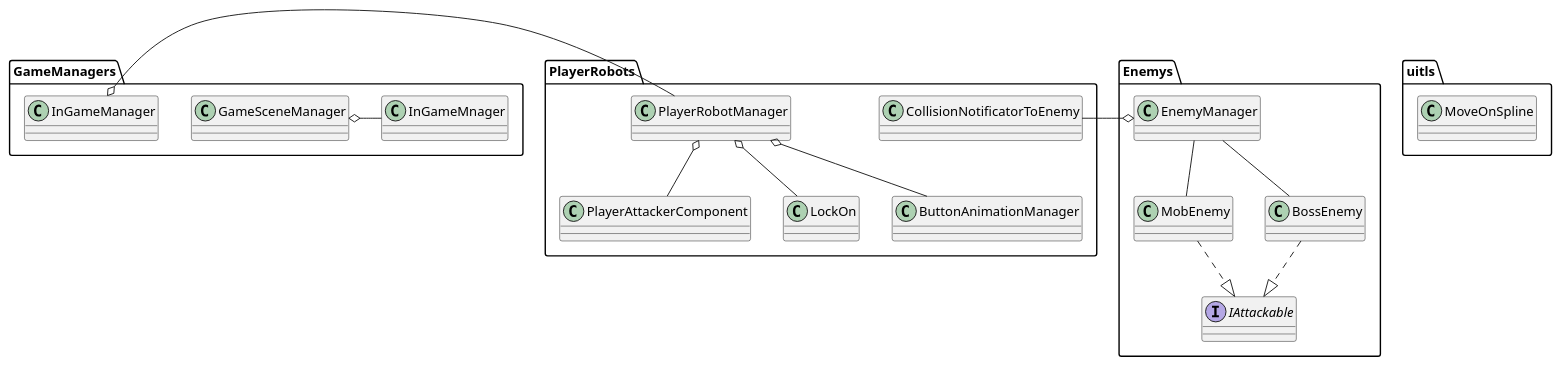
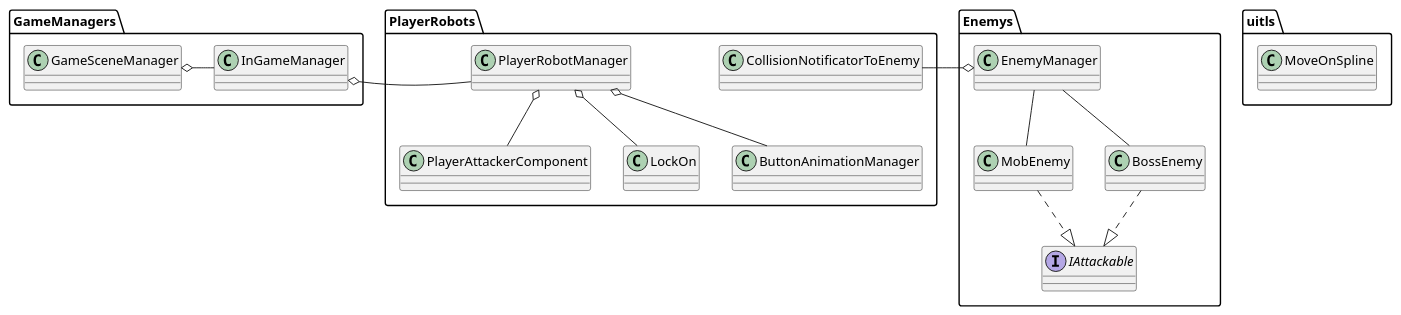
Before and after one commit to heller77/OneButton: the diagram in Assets/ClassDiagram/Class.puml, drawn with PlantUML.

Commit message:
クラス図更新

```diff
--- a/Assets/ClassDiagram/Class.puml
+++ b/Assets/ClassDiagram/Class.puml
@@ -1,44 +1,44 @@
 @startuml
 
 
 namespace GameManagers{
     class GameSceneManager
     class InGameManager
 }
 
 namespace uitls{
     class MoveOnSpline
 }
 namespace Enemys{
     
     EnemyManager -- MobEnemy
     EnemyManager -- BossEnemy
     
     interface IAttackable
     class EnemyManager
     
     class MobEnemy
     class BossEnemy
     BossEnemy ..|> IAttackable
     MobEnemy ..|> IAttackable
 }
 
 namespace PlayerRobots{
     PlayerRobotManager o-- PlayerAttackerComponent
     PlayerRobotManager o-- LockOn
     PlayerRobotManager o-- ButtonAnimationManager
     
     class PlayerRobotManager 
     class PlayerAttackerComponent
     class LockOn
     class ButtonAnimationManager
     class CollisionNotificatorToEnemy
 }
 
-GameManagers.GameSceneManager o- GameManagers.InGameMnager
+GameManagers.GameSceneManager o- GameManagers.InGameManager
 PlayerRobots.CollisionNotificatorToEnemy -o  Enemys.EnemyManager
 GameManagers.InGameManager o- PlayerRobots.PlayerRobotManager
 
 
 
 @enduml
```
